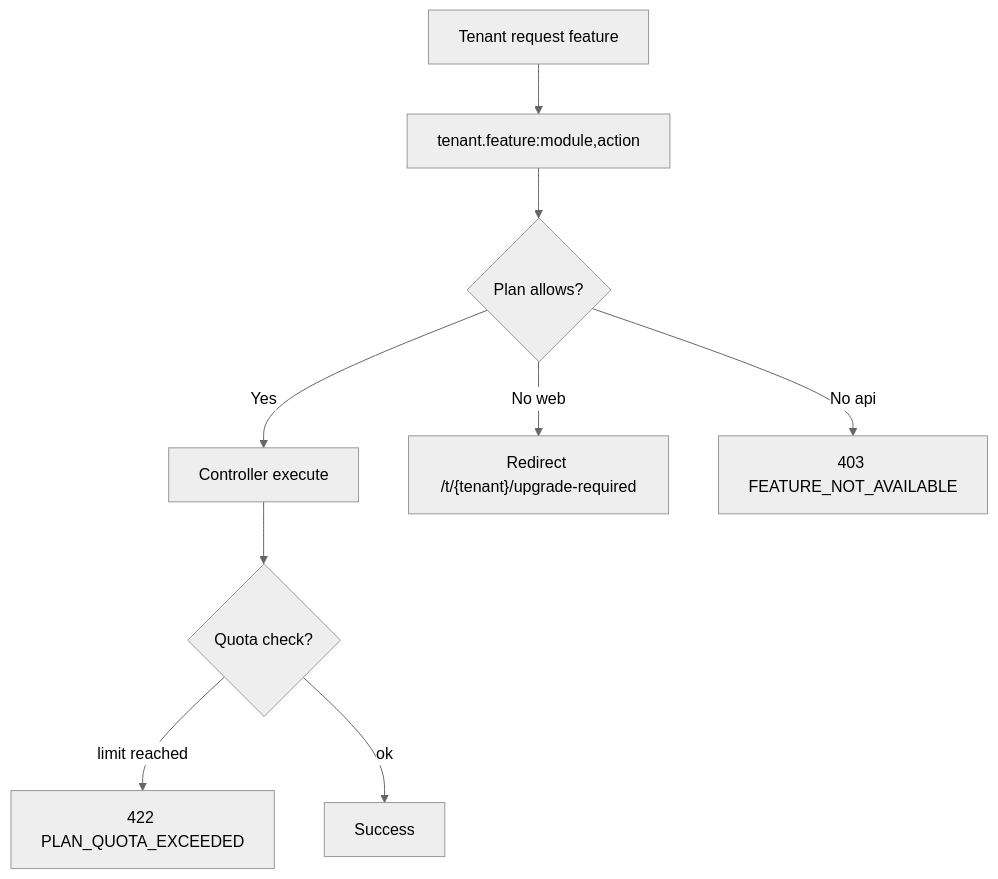
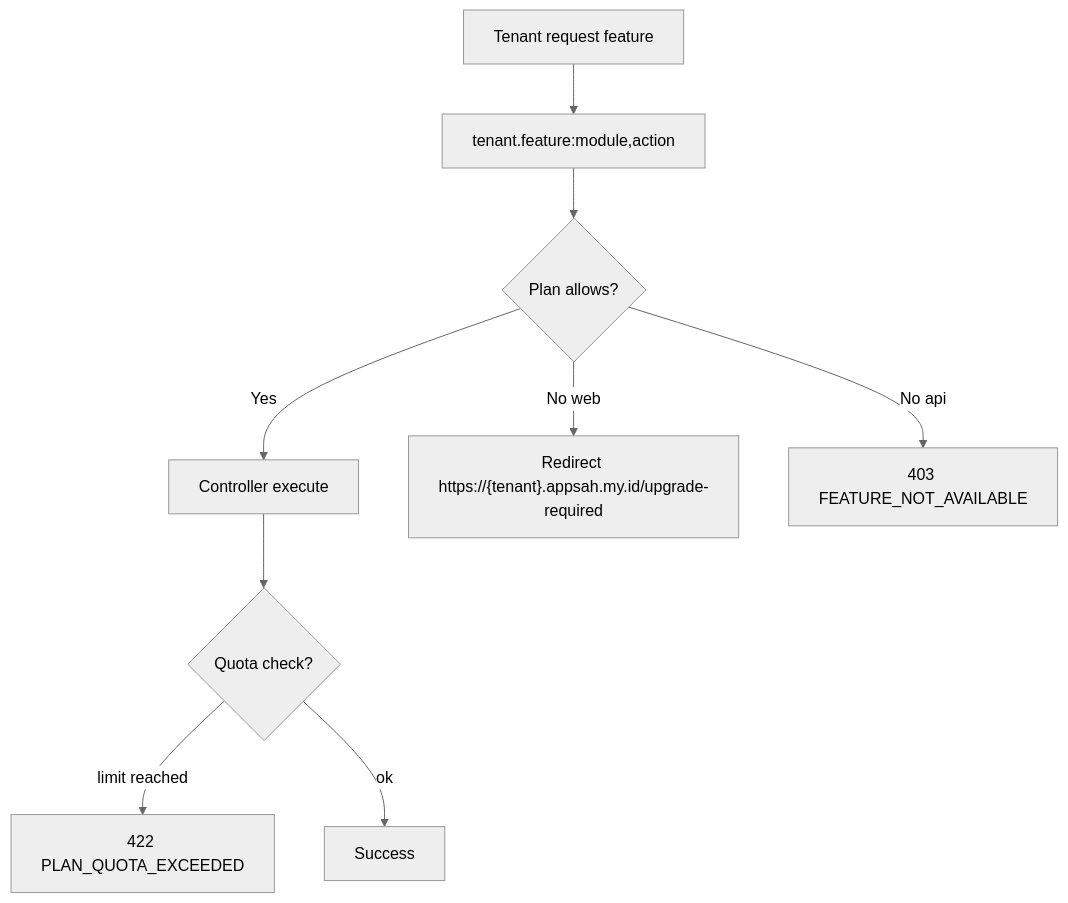
The diagram in project/docs/03-features/subscription.md (mutihakim/saasSG), drawn with Mermaid (neutral theme) before and after one commit. The commit also changed other lines of this file and 7 other files, not shown here.

Commit message:
docs: sync all markdown with current subdomain and reverb architectures

````diff
--- a/project/docs/03-features/subscription.md
+++ b/project/docs/03-features/subscription.md
@@ -13,11 +13,11 @@
 ```mermaid
 flowchart TD
   A["Tenant request feature"] --> B["tenant.feature:module,action"]
   B --> C{"Plan allows?"}
   C -->|Yes| D["Controller execute"]
-  C -->|No web| E["Redirect /t/{tenant}/upgrade-required"]
+  C -->|No web| E["Redirect https://{tenant}.appsah.my.id/upgrade-required"]
   C -->|No api| F["403 FEATURE_NOT_AVAILABLE"]
   D --> G{"Quota check?"}
   G -->|limit reached| H["422 PLAN_QUOTA_EXCEEDED"]
   G -->|ok| I["Success"]
 ```
````
